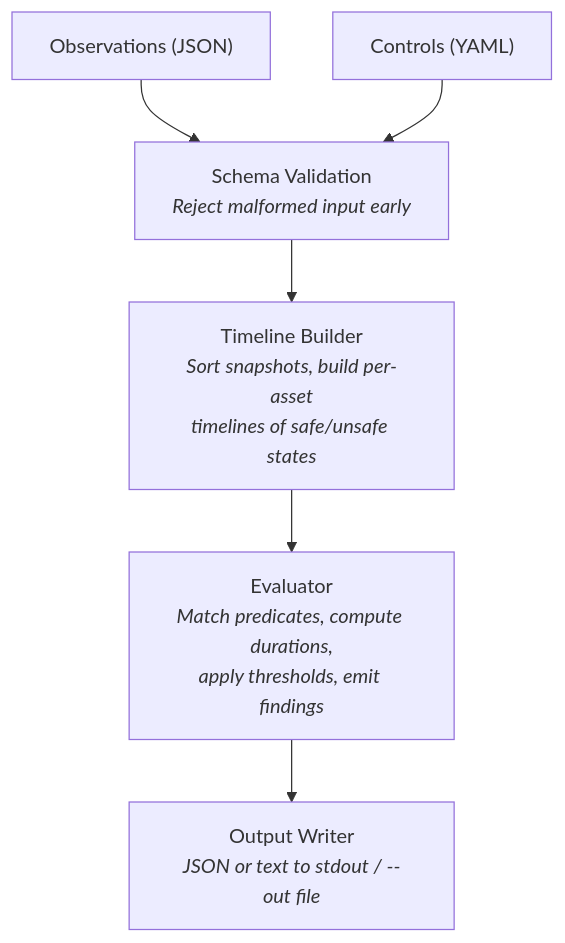
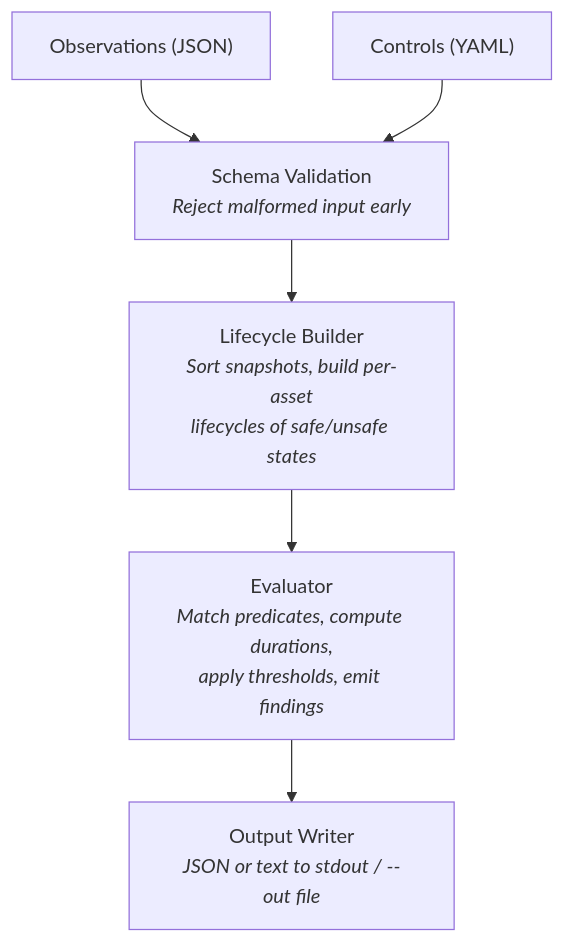
The first of 2 diagrams in docs/architecture/overview.md (sufield/stave), drawn with Mermaid before and after one commit. The commit also changed 174 other files, not shown here.

````diff
--- a/docs/architecture/overview.md
+++ b/docs/architecture/overview.md
@@ -14,8 +14,8 @@
 ```mermaid
 flowchart TD
     obs["Observations (JSON)"] --> sv["Schema Validation<br/><i>Reject malformed input early</i>"]
     ctl["Controls (YAML)"] --> sv
-    sv --> tb["Timeline Builder<br/><i>Sort snapshots, build per-asset<br/>timelines of safe/unsafe states</i>"]
+    sv --> tb["Lifecycle Builder<br/><i>Sort snapshots, build per-asset<br/>lifecycles of safe/unsafe states</i>"]
     tb --> ev["Evaluator<br/><i>Match predicates, compute durations,<br/>apply thresholds, emit findings</i>"]
     ev --> ow["Output Writer<br/><i>JSON or text to stdout / --out file</i>"]
 ```
````
